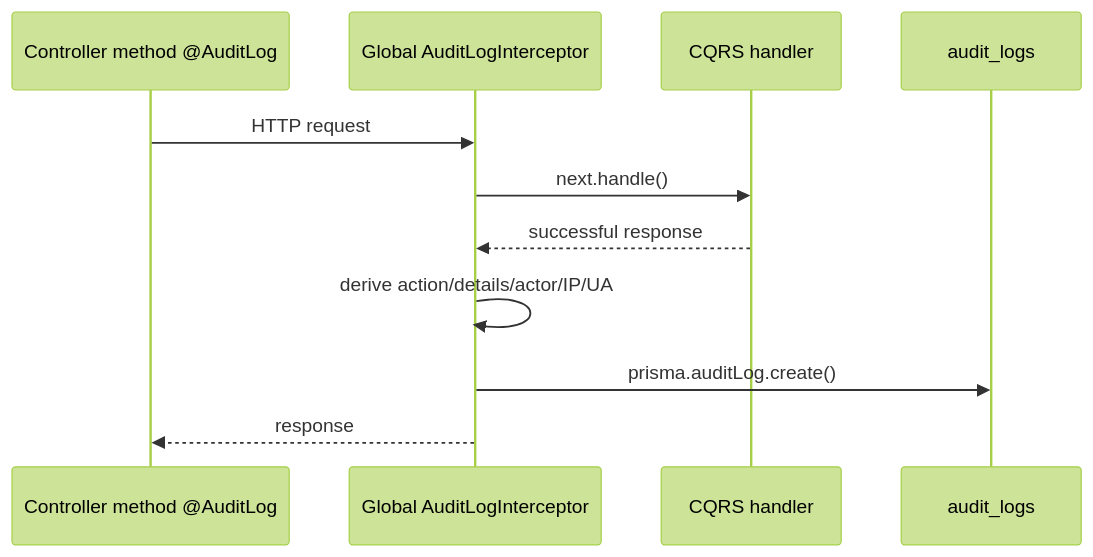
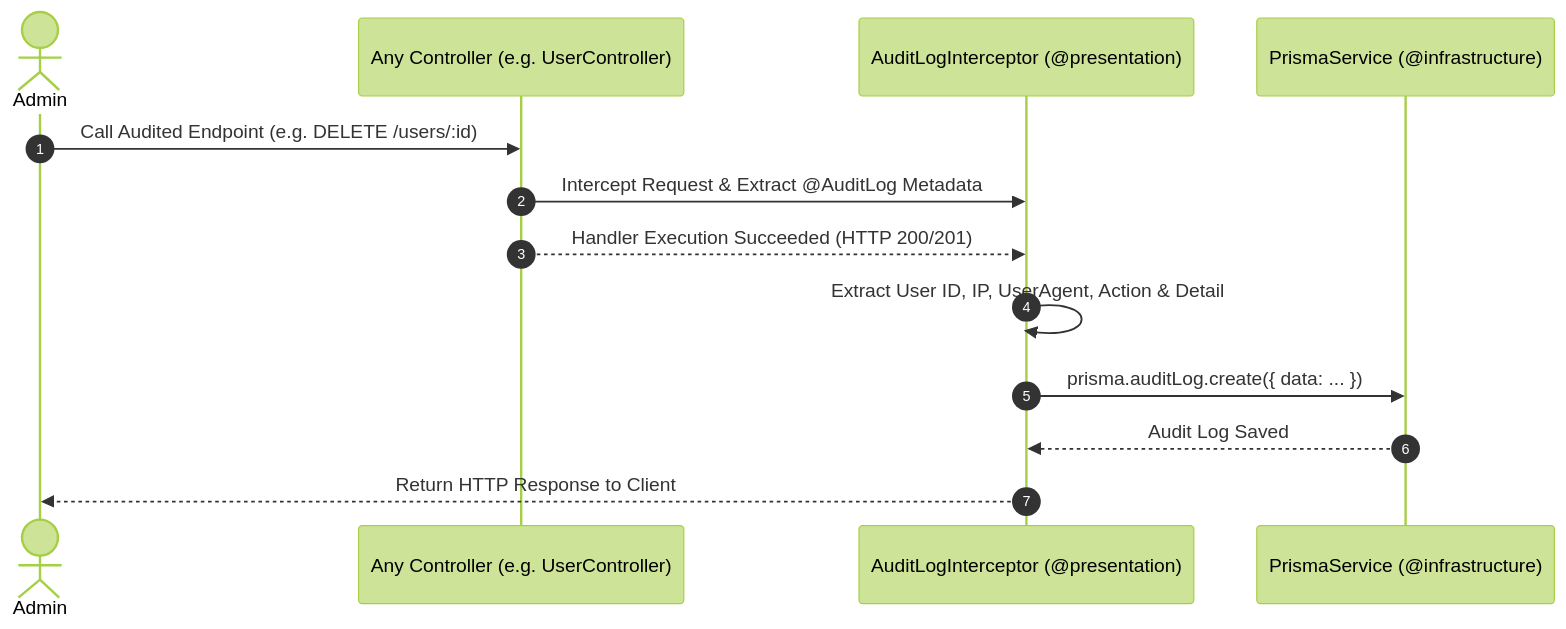
One commit to 8eyond-Infinite/turborepo-advanced-starter changed the diagram in apps/server/src/contexts/audit/README.md. Above: the diagram before and after it, drawn with Mermaid (forest theme). The commit also changed other lines of this file and 4 other files, not shown here.

Commit message:
docs: write comprehensive enterprise README documentation for root monorepo, server architecture, and bounded contexts

````diff
--- a/apps/server/src/contexts/audit/README.md
+++ b/apps/server/src/contexts/audit/README.md
@@ -9,13 +28,16 @@
 ```mermaid
 sequenceDiagram
-  participant H as Controller method @AuditLog
-  participant I as Global AuditLogInterceptor
-  participant C as CQRS handler
-  participant DB as audit_logs
-  H->>I: HTTP request
-  I->>C: next.handle()
-  C-->>I: successful response
-  I->>I: derive action/details/actor/IP/UA
-  I->>DB: prisma.auditLog.create()
-  I-->>H: response
+    autonumber
+    actor Admin
+    participant Ctrl as Any Controller (e.g. UserController)
+    participant Interceptor as AuditLogInterceptor (@presentation)
+    participant Prisma as PrismaService (@infrastructure)
+
+    Admin->>Ctrl: Call Audited Endpoint (e.g. DELETE /users/:id)
+    Ctrl->>Interceptor: Intercept Request & Extract @AuditLog Metadata
+    Ctrl-->>Interceptor: Handler Execution Succeeded (HTTP 200/201)
+    Interceptor->>Interceptor: Extract User ID, IP, UserAgent, Action & Detail
+    Interceptor->>Prisma: prisma.auditLog.create({ data: ... })
+    Prisma-->>Interceptor: Audit Log Saved
+    Interceptor-->>Admin: Return HTTP Response to Client
 ```
````
